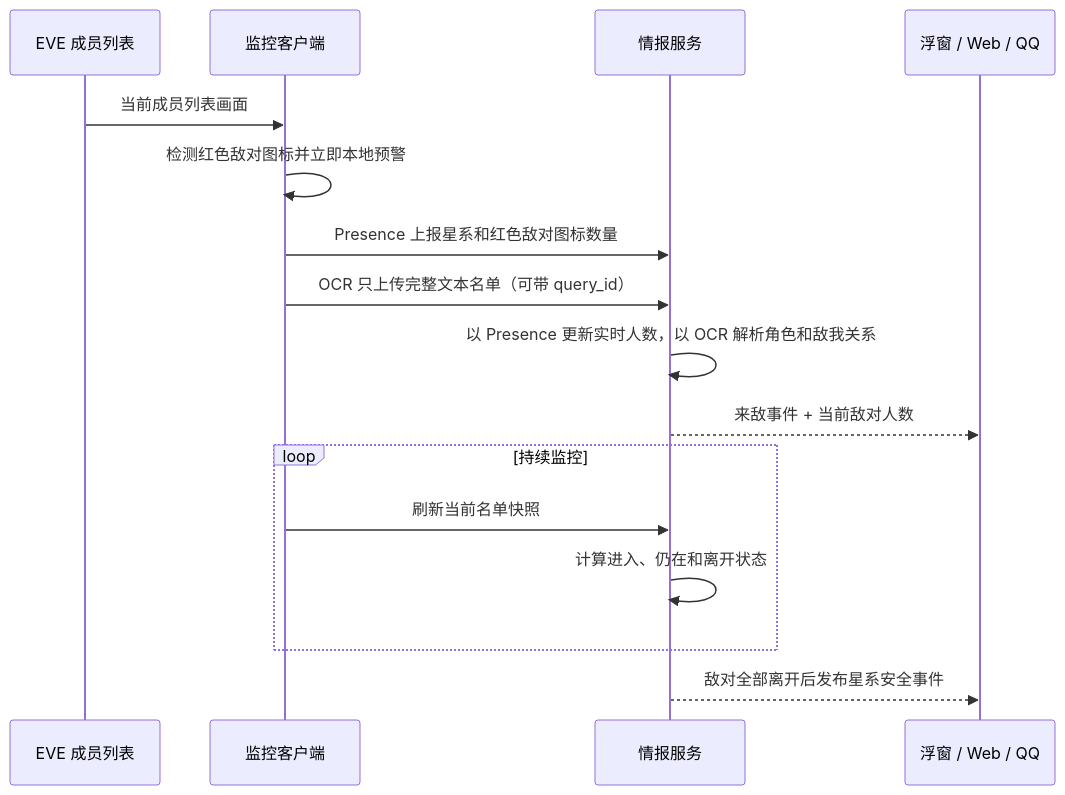
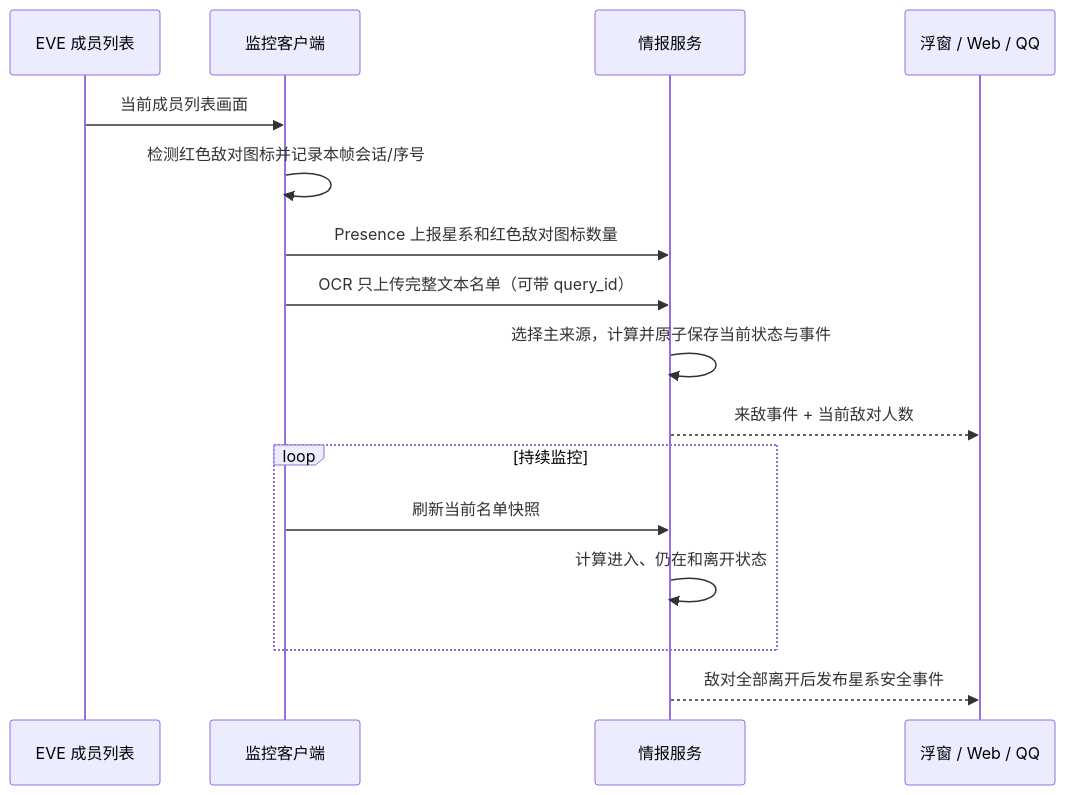
Before and after one commit to xiaqijun/eve-sentry: the second of 3 diagrams in README.md, drawn with Mermaid. The commit also changed other lines of this file and 98 other files, not shown here.

````diff
--- a/README.md
+++ b/README.md
@@ -71,19 +72,19 @@
 ```mermaid
 sequenceDiagram
     participant EVE as EVE 成员列表
     participant Client as 监控客户端
     participant Server as 情报服务
     participant Notice as 浮窗 / Web / QQ
 
     EVE->>Client: 当前成员列表画面
-    Client->>Client: 检测红色敌对图标并立即本地预警
+    Client->>Client: 检测红色敌对图标并记录本帧会话/序号
     Client->>Server: Presence 上报星系和红色敌对图标数量
     Client->>Server: OCR 只上传完整文本名单（可带 query_id）
-    Server->>Server: 以 Presence 更新实时人数，以 OCR 解析角色和敌我关系
+    Server->>Server: 选择主来源，计算并原子保存当前状态与事件
     Server-->>Notice: 来敌事件 + 当前敌对人数
     loop 持续监控
         Client->>Server: 刷新当前名单快照
         Server->>Server: 计算进入、仍在和离开状态
     end
     Server-->>Notice: 敌对全部离开后发布星系安全事件
 ```
````
